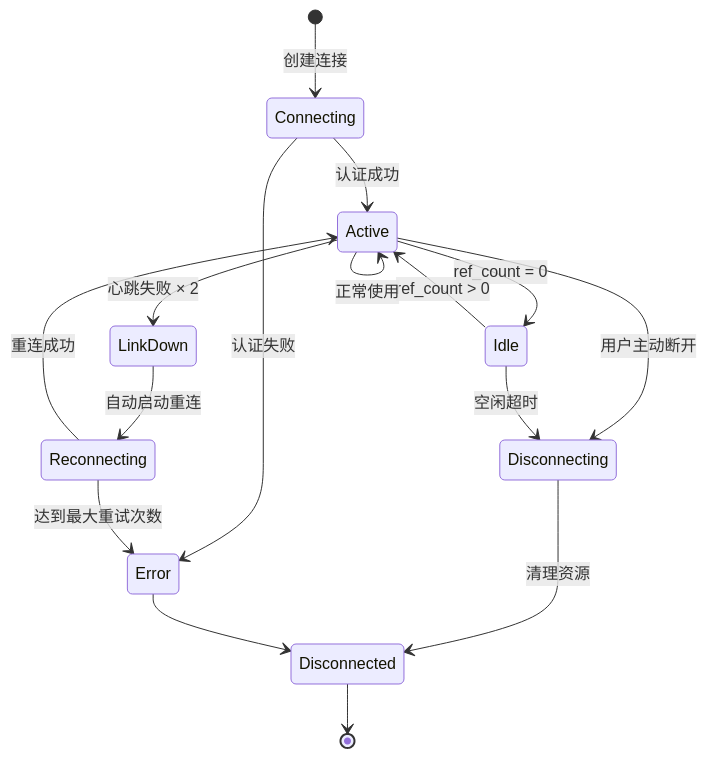
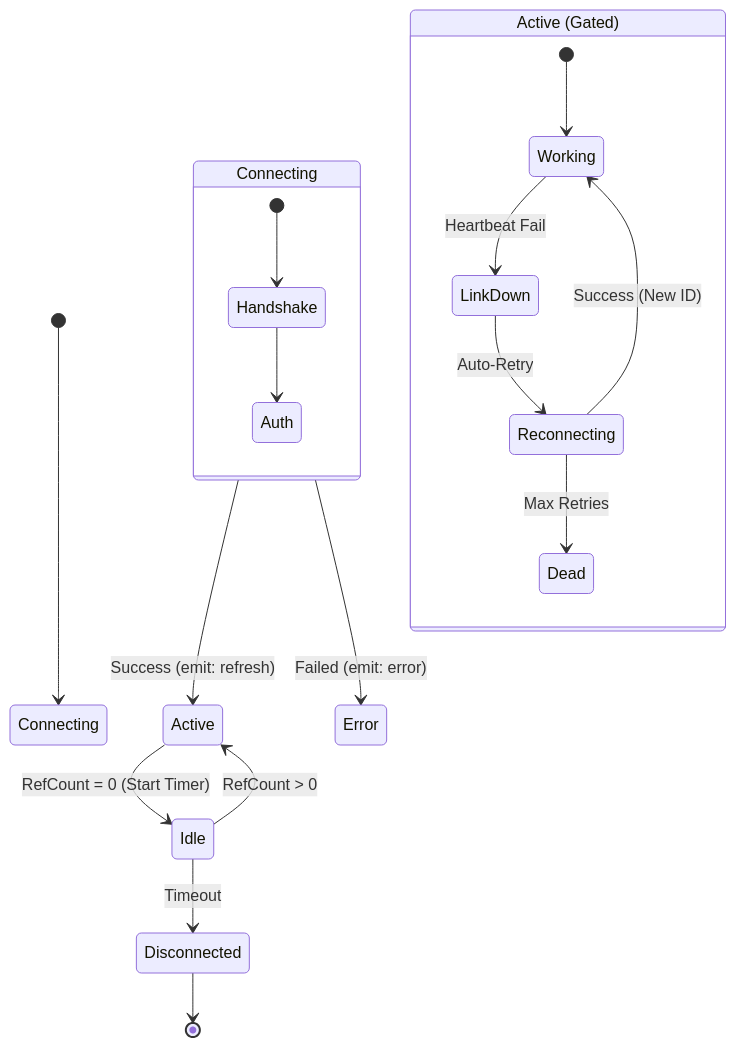
Before and after one commit to AnalyseDeCircuit/OxideTerm: the second of 4 diagrams in docs/CONNECTION_POOL.md, drawn with Mermaid. The commit also changed other lines of this file and 21 other files, not shown here.

````diff
--- a/docs/CONNECTION_POOL.md
+++ b/docs/CONNECTION_POOL.md
@@ -66,24 +68,26 @@
 ```mermaid
 stateDiagram-v2
-    [*] --> Connecting: 创建连接
+    [*] --> Connecting
     
-    Connecting --> Active: 认证成功
-    Connecting --> Error: 认证失败
-    
-    Active --> Idle: ref_count = 0
-    Idle --> Active: ref_count > 0
-    Active --> Active: 正常使用
-    
-    Active --> LinkDown: 心跳失败 × 2
-    LinkDown --> Reconnecting: 自动启动重连
-    
-    Reconnecting --> Active: 重连成功
-    Reconnecting --> Error: 达到最大重试次数
-    
-    Active --> Disconnecting: 用户主动断开
-    Idle --> Disconnecting: 空闲超时
-    
-    Disconnecting --> Disconnected: 清理资源
-    Error --> Disconnected
+    state "Connecting" as C {
+        [*] --> Handshake
+        Handshake --> Auth
+    }
+
+    C --> Active: Success (emit: refresh)
+    C --> Error: Failed (emit: error)
+
+    state "Active (Gated)" as A {
+        [*] --> Working
+        Working --> LinkDown: Heartbeat Fail
+        LinkDown --> Reconnecting: Auto-Retry
+        Reconnecting --> Working: Success (New ID)
+        Reconnecting --> Dead: Max Retries
+    }
+
+    Active --> Idle: RefCount = 0 (Start Timer)
+    Idle --> Active: RefCount > 0
+    Idle --> Disconnected: Timeout
+
     Disconnected --> [*]
 ```
````
